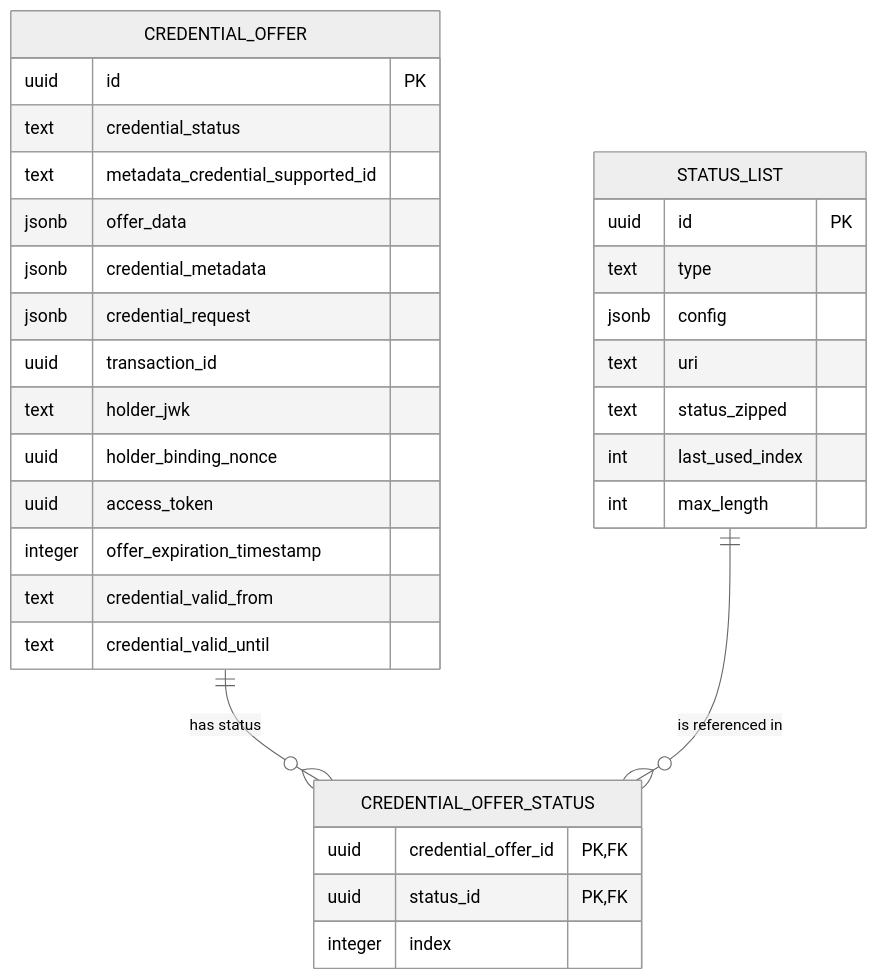
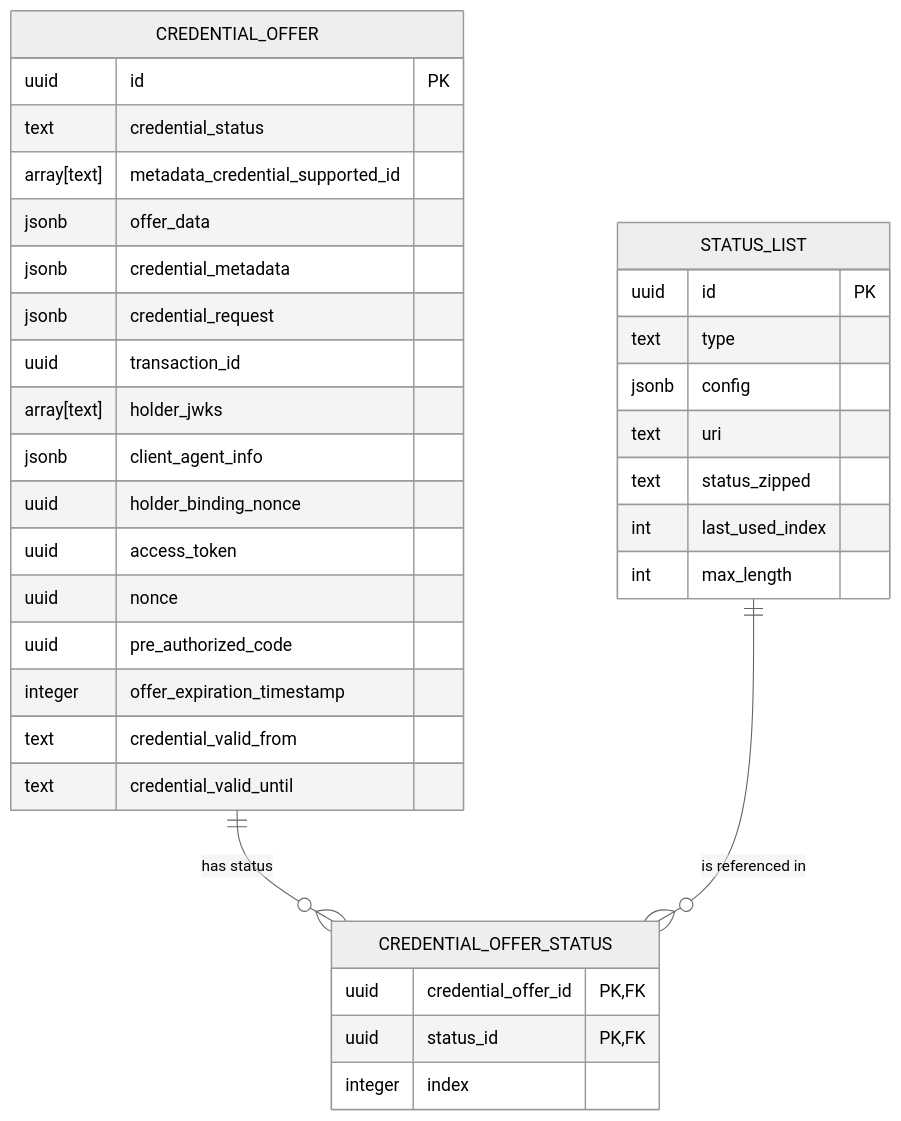
The second of 4 diagrams in README.md (swiyu-admin-ch/swiyu-issuer), drawn with Mermaid (neutral theme) before and after one commit. The commit also changed other lines of this file, not shown here.

````diff
--- a/README.md
+++ b/README.md
@@ -533,37 +532,40 @@
 ```mermaid
 erDiagram
     CREDENTIAL_OFFER {
         uuid id PK
         text credential_status
-        text metadata_credential_supported_id
+        array[text] metadata_credential_supported_id
         jsonb offer_data
         jsonb credential_metadata
         jsonb credential_request
         uuid transaction_id
-        text holder_jwk
+        array[text] holder_jwks
+        jsonb client_agent_info
         uuid holder_binding_nonce
         uuid access_token
+        uuid nonce
+        uuid pre_authorized_code
         integer offer_expiration_timestamp
         text credential_valid_from
         text credential_valid_until
     }
 
     CREDENTIAL_OFFER_STATUS {
         uuid credential_offer_id PK, FK
         uuid status_id PK, FK
         integer index
     }
 
     STATUS_LIST {
         uuid id PK
         text type
         jsonb config
         text uri
         text status_zipped
         int last_used_index
         int max_length
     }
 
     CREDENTIAL_OFFER one to many CREDENTIAL_OFFER_STATUS: "has status"
     STATUS_LIST one to many CREDENTIAL_OFFER_STATUS: "is referenced in"
 ```
````
